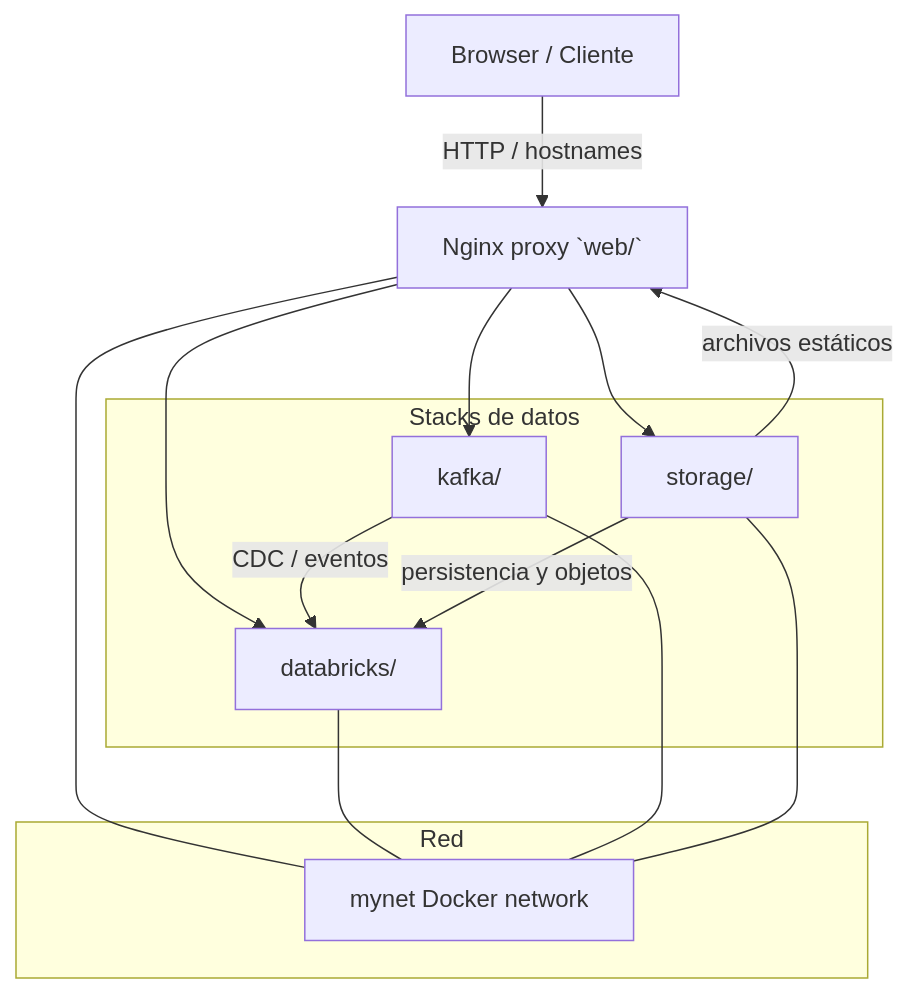
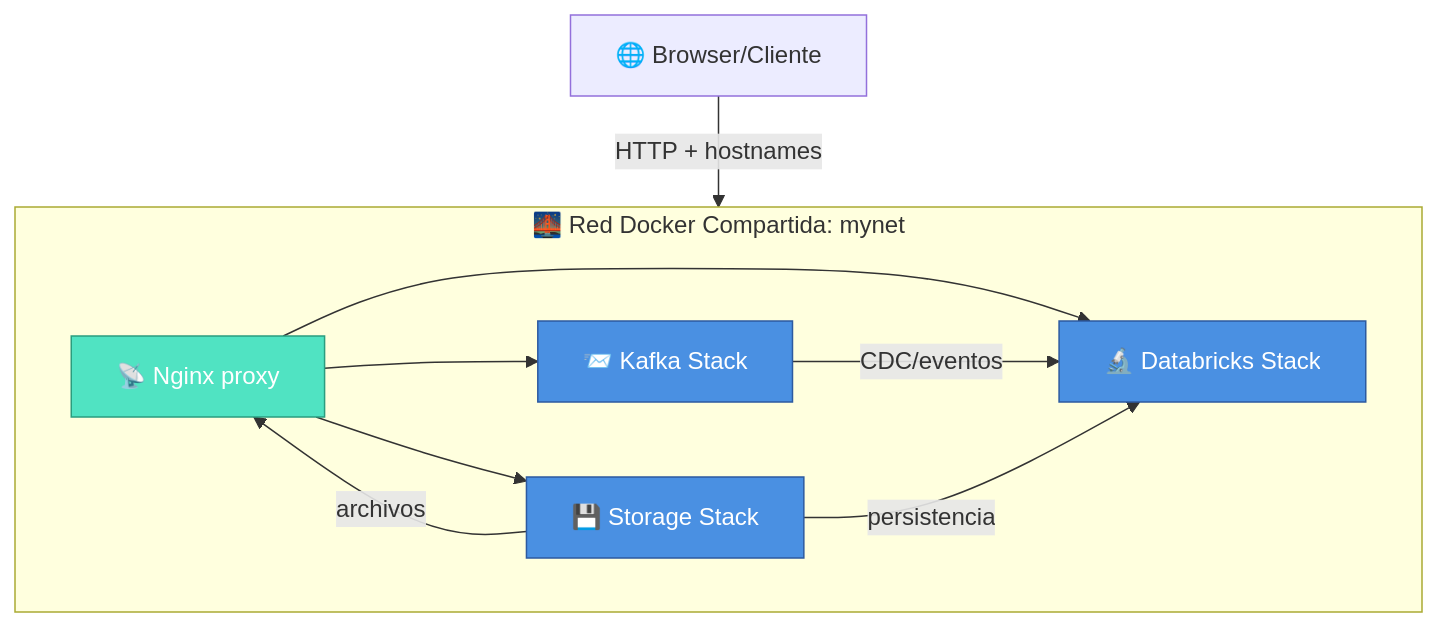
One commit to Kriathos/docker-stacks changed the diagram in README.md. Above: the diagram before and after it, drawn with Mermaid. The commit also changed other lines of this file, not shown here.

````diff
--- a/README.md
+++ b/README.md
@@ -24,22 +43,24 @@
 ```mermaid
 flowchart TB
-  Browser[Browser / Cliente] -->|HTTP / hostnames| Web[Nginx proxy `web/`]
-  subgraph DataStacks[Stacks de datos]
-    Databricks[databricks/]
-    Kafka[kafka/]
-    Storage[storage/]
+  Browser[🌐 Browser/Cliente] -->|HTTP + hostnames| Web[📡 Nginx proxy]
+  Web --> Databricks[🔬 Databricks Stack]
+  Web --> Kafka[📨 Kafka Stack]
+  Web --> Storage[💾 Storage Stack]
+  
+  Kafka -->|CDC/eventos| Databricks
+  Storage -->|persistencia| Databricks
+  Storage -->|archivos| Web
+  
+  subgraph Network["🌉 Red Docker Compartida: mynet"]
+    direction LR
+    Databricks
+    Kafka
+    Storage
+    Web
   end
-  Web --> Databricks
-  Web --> Kafka
-  Web --> Storage
-  Kafka -->|CDC / eventos| Databricks
-  Storage -->|persistencia y objetos| Databricks
-  Storage -->|archivos estáticos| Web
-  subgraph Network[Red]
-    mynet[mynet Docker network]
-  end
-  Web --- mynet
-  Databricks --- mynet
-  Kafka --- mynet
-  Storage --- mynet
+  
+  classDef stack fill:#4a90e2,stroke:#2c5aa0,color:#fff
+  classDef infra fill:#50e3c2,stroke:#2a9d7f,color:#fff
+  class Databricks,Kafka,Storage stack
+  class Web infra
 ```
````
